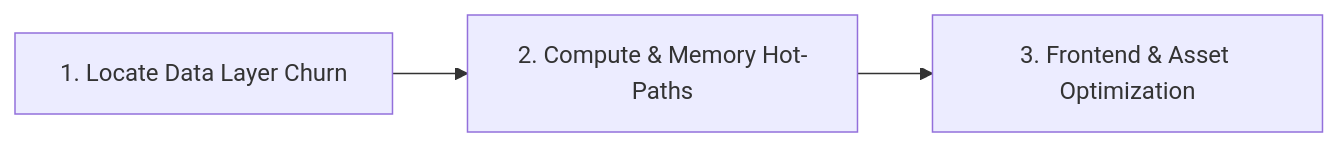
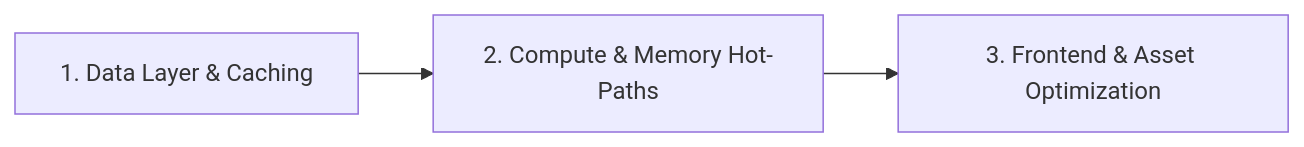
The diagram in .github/skills/code-performance/SKILL.md (warpcode/dotfiles), drawn with Mermaid before and after one commit. The commit also changed other lines of this file and 66 other files, not shown here.

````diff
--- a/.github/skills/code-performance/SKILL.md
+++ b/.github/skills/code-performance/SKILL.md
@@ -23,4 +23,4 @@
 ```mermaid
 flowchart LR
-    A["1. Locate Data Layer Churn"] --> B["2. Compute & Memory Hot-Paths"] --> C["3. Frontend & Asset Optimization"]
+    A["1. Data Layer & Caching"] --> B["2. Compute & Memory Hot-Paths"] --> C["3. Frontend & Asset Optimization"]
 ```
````
